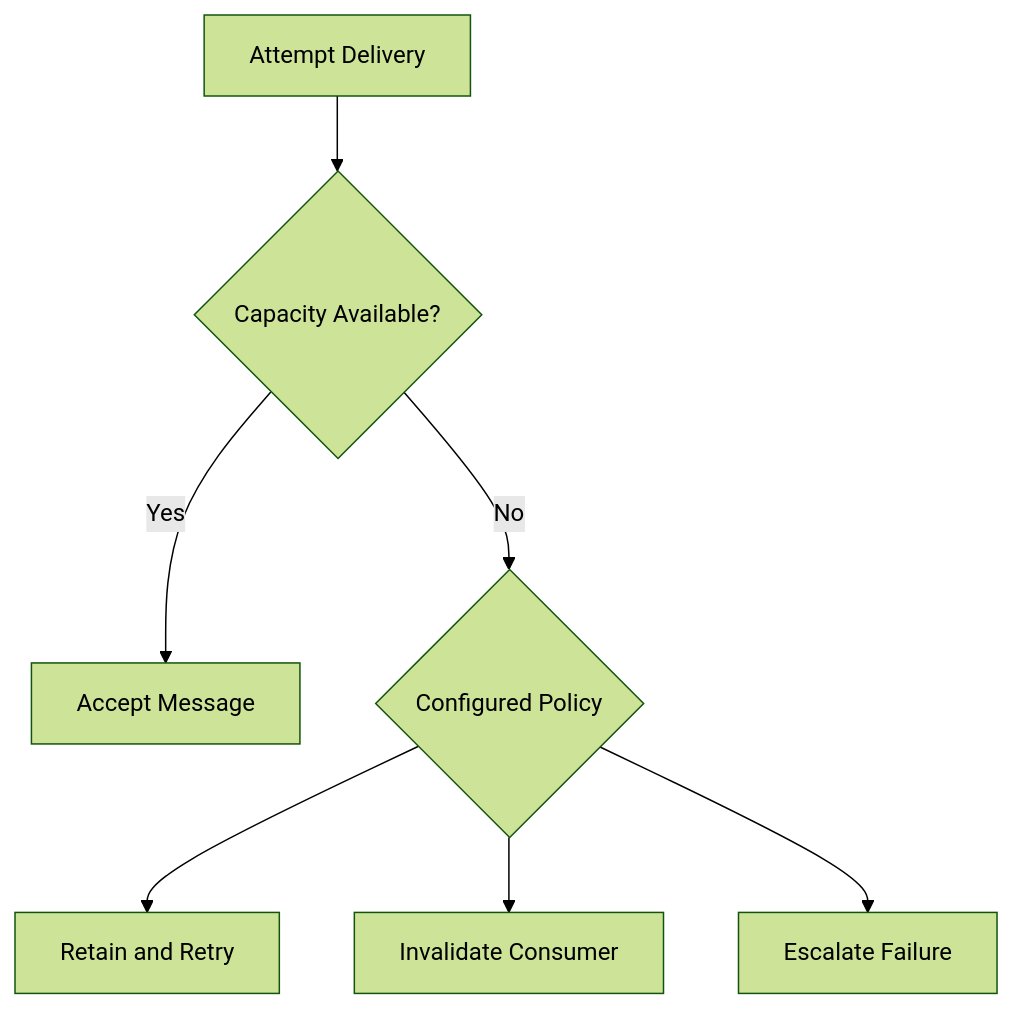
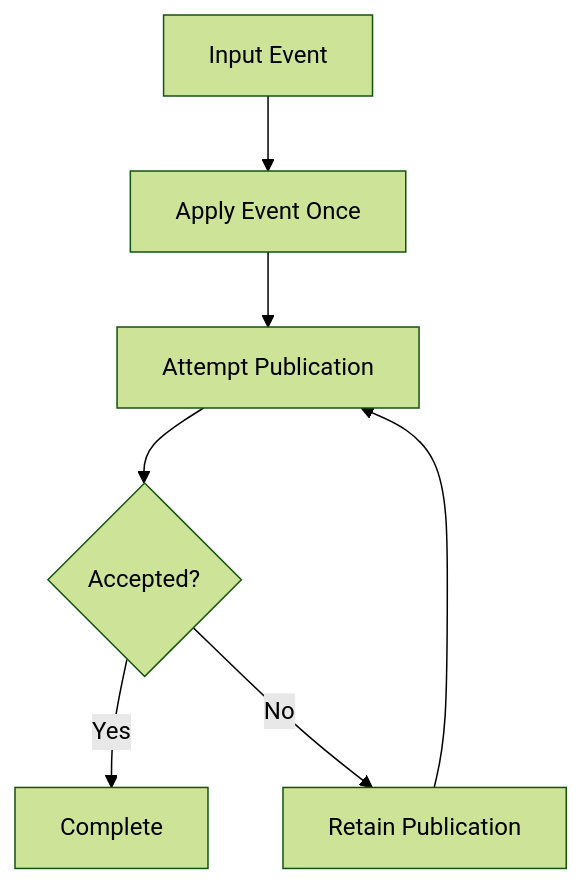
Before and after one commit to tembolo1284/maxwell: the second of 3 diagrams in docs/concurrency.md, drawn with Mermaid (forest theme). The commit also changed other lines of this file and 10 other files, not shown here.

````diff
--- a/docs/concurrency.md
+++ b/docs/concurrency.md
@@ -225,18 +99,14 @@
 ```mermaid
 flowchart TD
-    A["Attempt Delivery"]
-    B{"Capacity Available?"}
-    C["Accept Message"]
-    D{"Configured Policy"}
-    E["Retain and Retry"]
-    F["Invalidate Consumer"]
-    G["Escalate Failure"]
+    INPUT["Input Event"]
+    APPLY["Apply Event Once"]
+    PUB["Attempt Publication"]
+    CHECK{"Accepted?"}
+    DONE["Complete"]
+    PENDING["Retain Publication"]
 
-    A --> B
-    B -->|Yes| C
-    B -->|No| D
-
-    D --> E
-    D --> F
-    D --> G
+    INPUT --> APPLY --> PUB --> CHECK
+    CHECK -->|Yes| DONE
+    CHECK -->|No| PENDING
+    PENDING --> PUB
 ```
````
